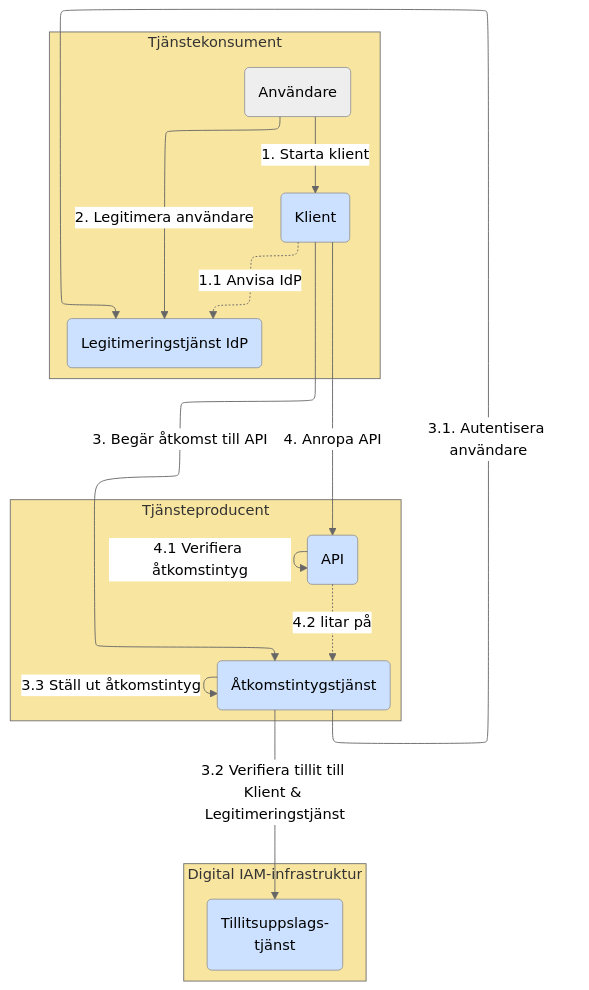
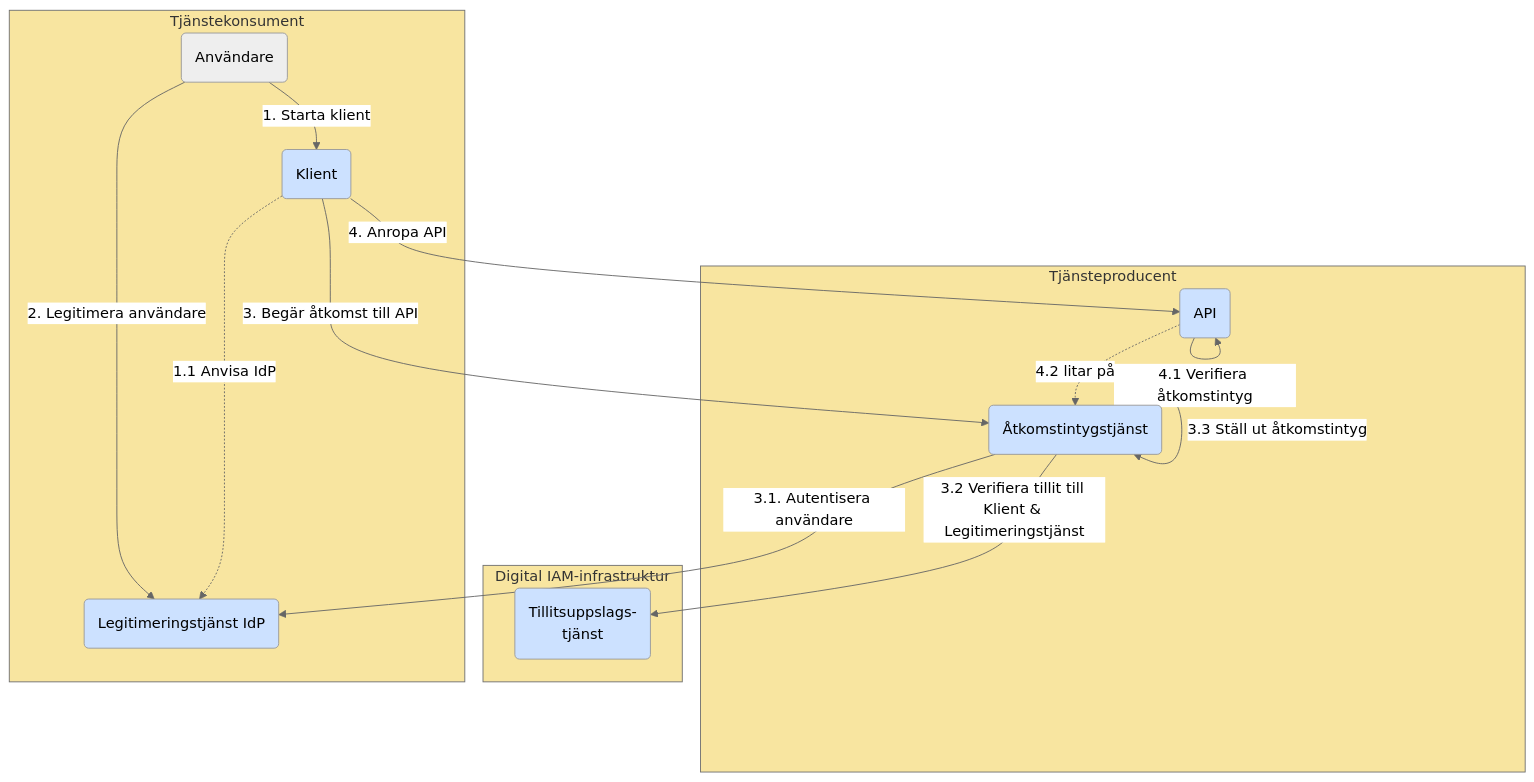
One commit to diggsweden/ena-authorization changed the fifth of 10 diagrams in architecture/drafts/IAM_TargetArchitecture_Sweden.md. Above: the diagram before and after it, drawn with Mermaid (neutral theme). The commit also changed other lines of this file, not shown here.

Commit message:
fixing mermaid

````diff
--- a/architecture/drafts/IAM_TargetArchitecture_Sweden.md
+++ b/architecture/drafts/IAM_TargetArchitecture_Sweden.md
@@ -163,36 +167,36 @@
 ```mermaid
-%%{init: {"flowchart": {"defaultRenderer": "elk"}} }%%
-graph 
+flowchart TB
+ 
 classDef org fill:#F8E5A0
 classDef comp fill:#CCE1FF
 classDef box fill:#ffffff,stroke:#000000
 
 subgraph po[Tjänsteproducent]
     p(API):::comp
     as(Åtkomstintygstjänst):::comp
 end
 po:::org
 
 subgraph ss[Digital IAM-infrastruktur]
     t(Tillitsuppslags-<br>tjänst):::comp
 end
 ss:::org
 
 subgraph co[Tjänstekonsument]
     idp(Legitimeringstjänst IdP):::comp
     u(Användare)
     c(Klient):::comp
 end
 co:::org
 
 u--<p>1. Starta klient-->c
 c-.1#46;1 Anvisa IdP.->idp
 u--<p>2. Legitimera användare-->idp
 c--<p>3. Begär åtkomst till API-->as
 as--<p>3.1. Autentisera användare-->idp 
 as--<p>3.2 Verifiera tillit till Klient & Legitimeringstjänst-->t
 as--<p>3.3 Ställ ut åtkomstintyg-->as
 c--<p>4. Anropa API-->p
 p--<p>4.1 Verifiera åtkomstintyg-->p
 p-.4#46;2 litar på.->as
 ```
````
